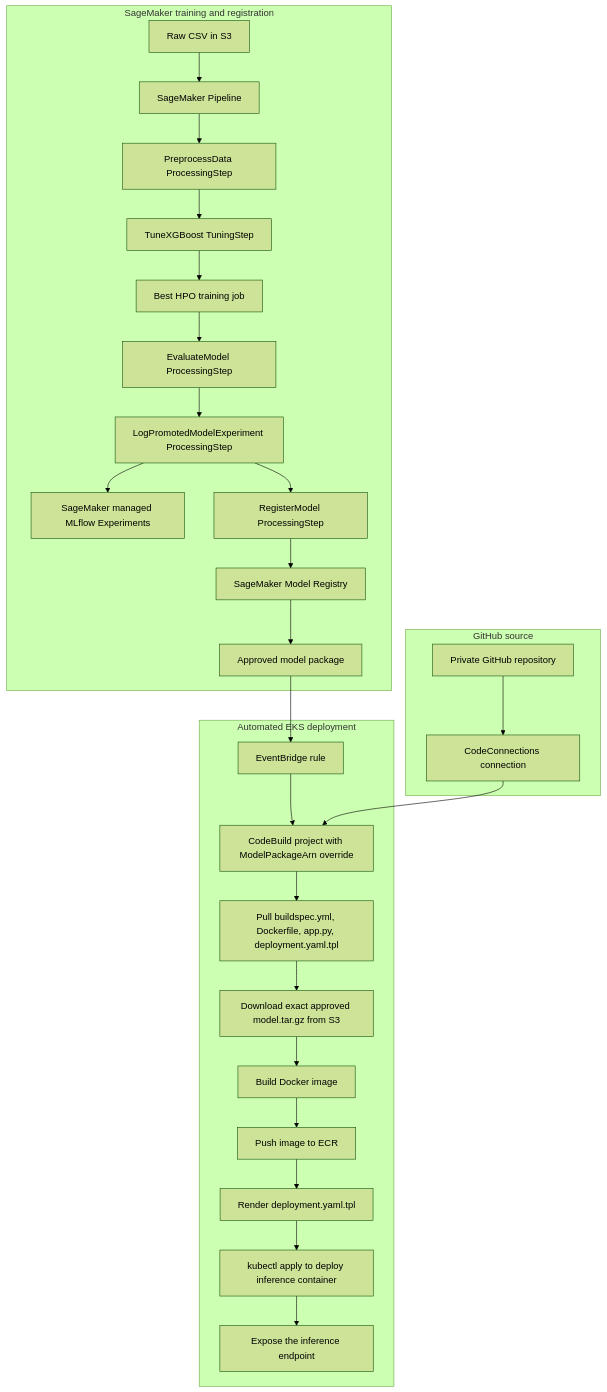
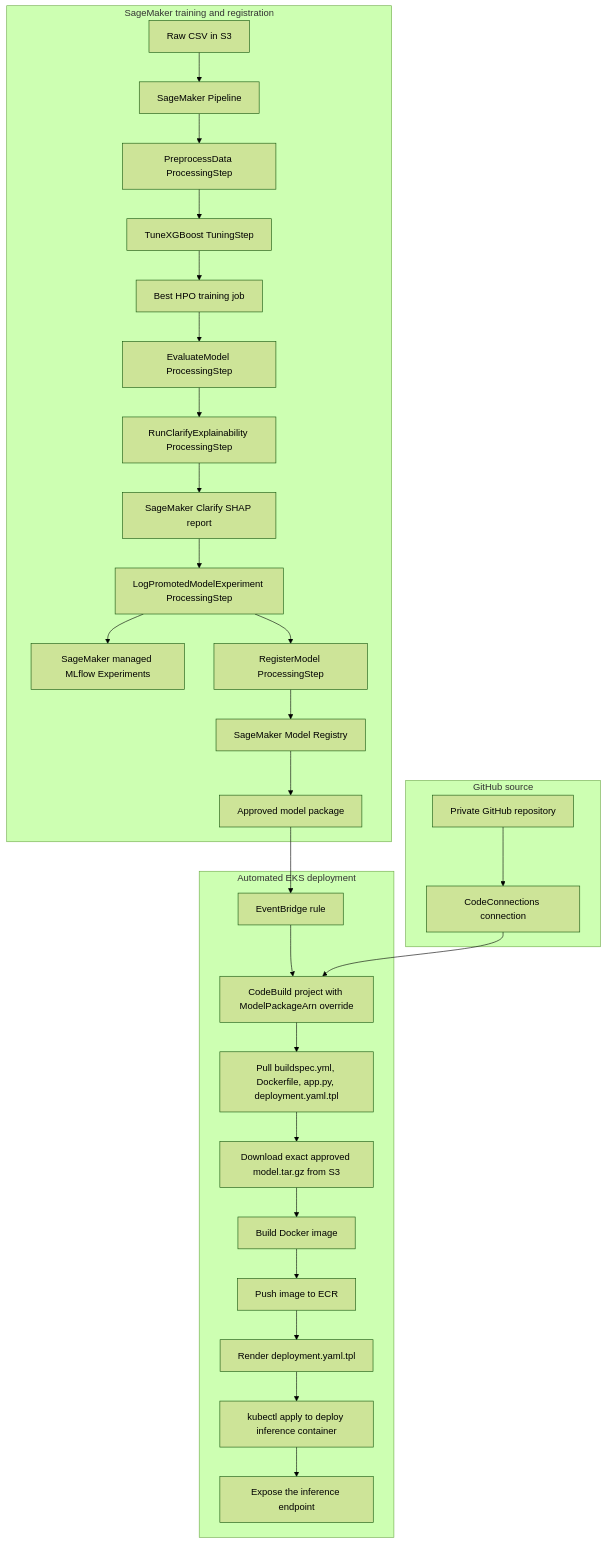
One commit to garystafford/xgboost-sagemaker-eks-demo-public changed the diagram in README.md. Above: the diagram before and after it, drawn with Mermaid (forest theme). The commit also changed other lines of this file and 8 other files, not shown here.

First line of the commit message:
Add SageMaker Clarify explainability to pipeline

````diff
--- a/README.md
+++ b/README.md
@@ -71,34 +76,36 @@
 ```mermaid
 flowchart TD
     subgraph Training["SageMaker training and registration"]
         A["Raw CSV in S3"] --> B["SageMaker Pipeline"]
         B --> C["PreprocessData ProcessingStep"]
         C --> D["TuneXGBoost TuningStep"]
         D --> E["Best HPO training job"]
         E --> F["EvaluateModel ProcessingStep"]
-        F --> G["LogPromotedModelExperiment ProcessingStep"]
-        G --> H["SageMaker managed MLflow Experiments"]
-        G --> I["RegisterModel ProcessingStep"]
-        I --> J["SageMaker Model Registry"]
-        J --> K["Approved model package"]
+        F --> G["RunClarifyExplainability ProcessingStep"]
+        G --> H["SageMaker Clarify SHAP report"]
+        H --> I["LogPromotedModelExperiment ProcessingStep"]
+        I --> J["SageMaker managed MLflow Experiments"]
+        I --> K["RegisterModel ProcessingStep"]
+        K --> L["SageMaker Model Registry"]
+        L --> M["Approved model package"]
     end
 
     subgraph Source["GitHub source"]
         S1["Private GitHub repository"]
         S2["CodeConnections connection"]
         S1 --> S2
     end
 
     subgraph Deploy["Automated EKS deployment"]
-        K --> L["EventBridge rule"]
-        L --> M["CodeBuild project with ModelPackageArn override"]
-        S2 --> M
-        M --> N["Pull buildspec.yml, Dockerfile, app.py, deployment.yaml.tpl"]
-        N --> O["Download exact approved model.tar.gz from S3"]
-        O --> P["Build Docker image"]
-        P --> Q["Push image to ECR"]
-        Q --> R["Render deployment.yaml.tpl"]
-        R --> S["kubectl apply to deploy inference container"]
-        S --> T["Expose the inference endpoint"]
+        M --> N["EventBridge rule"]
+        N --> O["CodeBuild project with ModelPackageArn override"]
+        S2 --> O
+        O --> P["Pull buildspec.yml, Dockerfile, app.py, deployment.yaml.tpl"]
+        P --> Q["Download exact approved model.tar.gz from S3"]
+        Q --> R["Build Docker image"]
+        R --> S["Push image to ECR"]
+        S --> T["Render deployment.yaml.tpl"]
+        T --> U["kubectl apply to deploy inference container"]
+        U --> V["Expose the inference endpoint"]
     end
 ```
````
